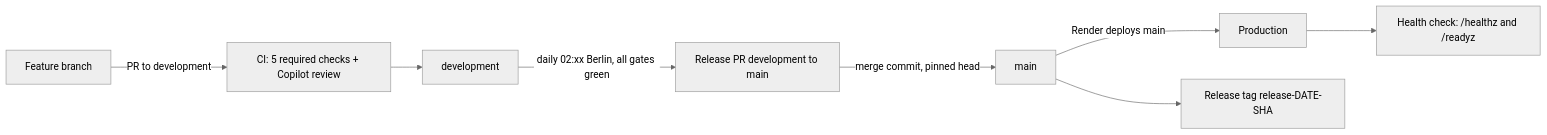
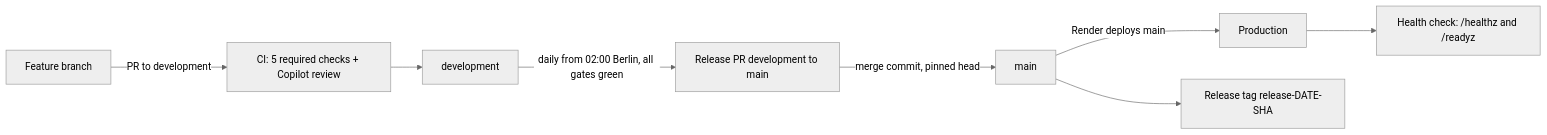
The fourth of 5 diagrams in docs/TECHNICAL_ARCHITECTURE.md (kaushik4444/Tableverse), drawn with Mermaid (neutral theme) before and after one commit. The commit also changed other lines of this file and 4 other files, not shown here.

First line of the commit message:
Release: a scheduled run that GitHub starts late still releases (02:00 to 08:59 Berlin)

````diff
--- a/docs/TECHNICAL_ARCHITECTURE.md
+++ b/docs/TECHNICAL_ARCHITECTURE.md
@@ -177,10 +177,10 @@
 ```mermaid
 flowchart LR
   F[Feature branch] -->|PR to development| CI[CI: 5 required checks + Copilot review]
   CI --> D[development]
-  D -->|daily 02:xx Berlin, all gates green| RPR[Release PR development to main]
+  D -->|daily from 02:00 Berlin, all gates green| RPR[Release PR development to main]
   RPR -->|merge commit, pinned head| M[main]
   M -->|Render deploys main| P[Production]
   P --> HC[Health check: /healthz and /readyz]
   M --> T[Release tag release-DATE-SHA]
 ```
````
